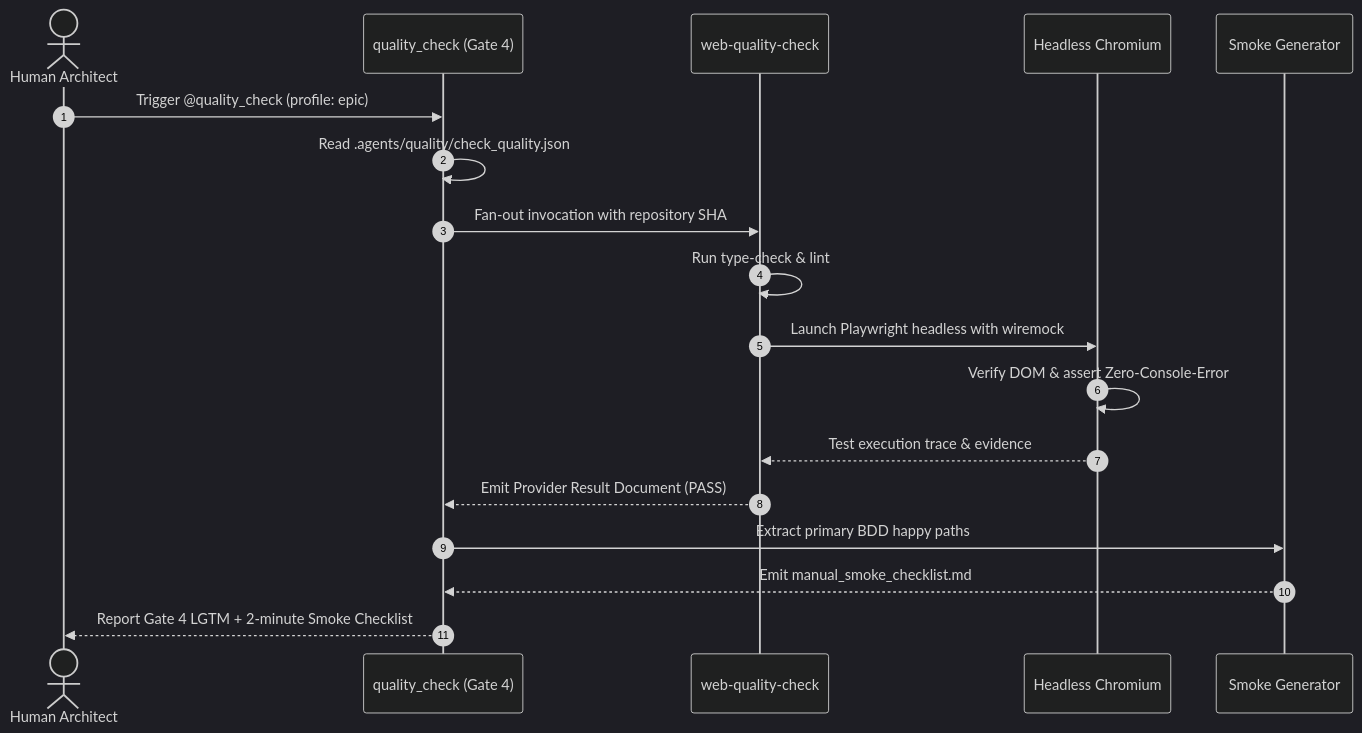
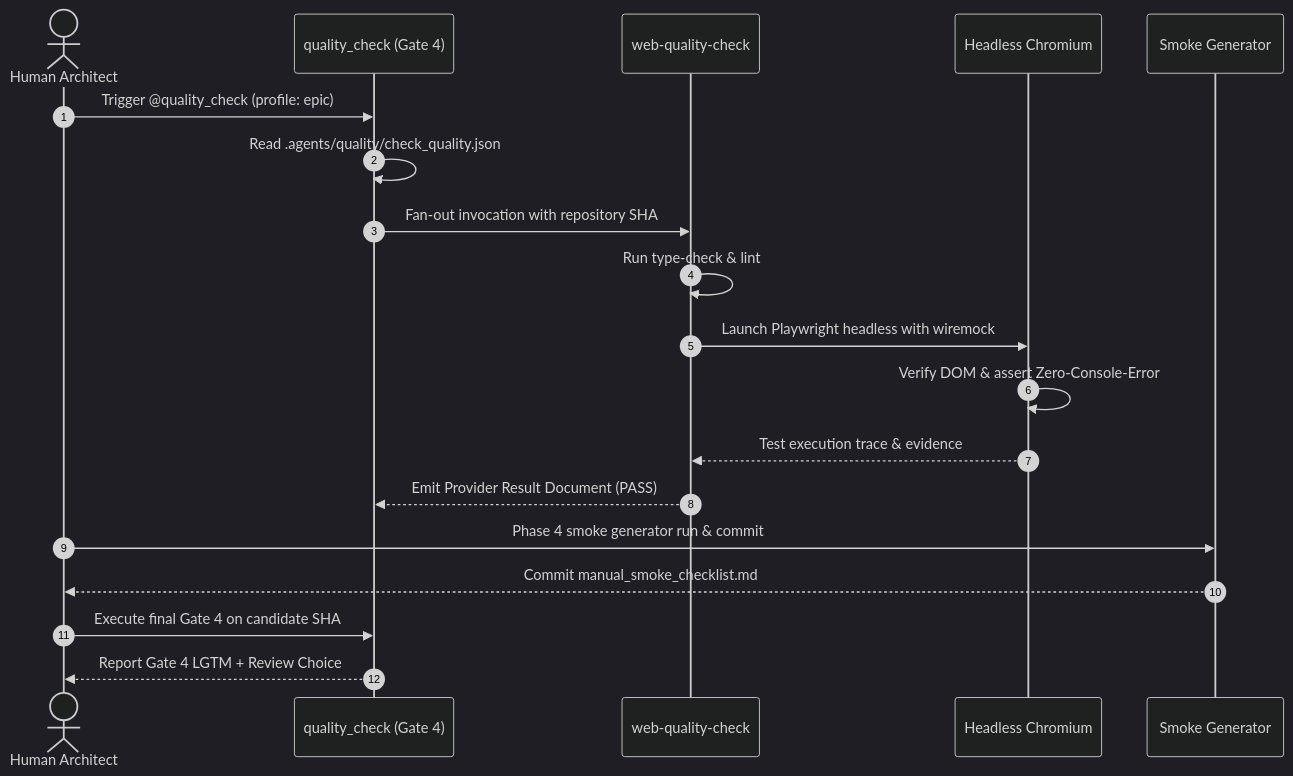
Before and after one commit to DanhDue/ai-agent-tools: the third of 3 diagrams in .devtool/epic/web_quality_check_and_integration_gate/web_quality_check_and_integration_gate.en.md, drawn with Mermaid (dark theme). The commit also changed other lines of this file and 13 other files, not shown here.

First line of the commit message:
[WEB_QUALITY_CHECK_AND_INTEGRATION_GATE] Revise epic after Principal Review round 1

````diff
--- a/.devtool/epic/web_quality_check_and_integration_gate/web_quality_check_and_integration_gate.en.md
+++ b/.devtool/epic/web_quality_check_and_integration_gate/web_quality_check_and_integration_gate.en.md
@@ -91,21 +91,22 @@
 ```mermaid
 sequenceDiagram
     autonumber
     actor Human as Human Architect
     participant Gate as quality_check (Gate 4)
     participant Web as web-quality-check
     participant Playwright as Headless Chromium
     participant Gen as Smoke Generator
 
     Human->>Gate: Trigger @quality_check (profile: epic)
     Gate->>Gate: Read .agents/quality/check_quality.json
     Gate->>Web: Fan-out invocation with repository SHA
     Web->>Web: Run type-check & lint
     Web->>Playwright: Launch Playwright headless with wiremock
     Playwright->>Playwright: Verify DOM & assert Zero-Console-Error
     Playwright-->>Web: Test execution trace & evidence
     Web-->>Gate: Emit Provider Result Document (PASS)
-    Gate->>Gen: Extract primary BDD happy paths
-    Gen-->>Gate: Emit manual_smoke_checklist.md
-    Gate-->>Human: Report Gate 4 LGTM + 2-minute Smoke Checklist
+    Human->>Gen: Phase 4 smoke generator run & commit
+    Gen-->>Human: Commit manual_smoke_checklist.md
+    Human->>Gate: Execute final Gate 4 on candidate SHA
+    Gate-->>Human: Report Gate 4 LGTM + Review Choice
 ```
````
